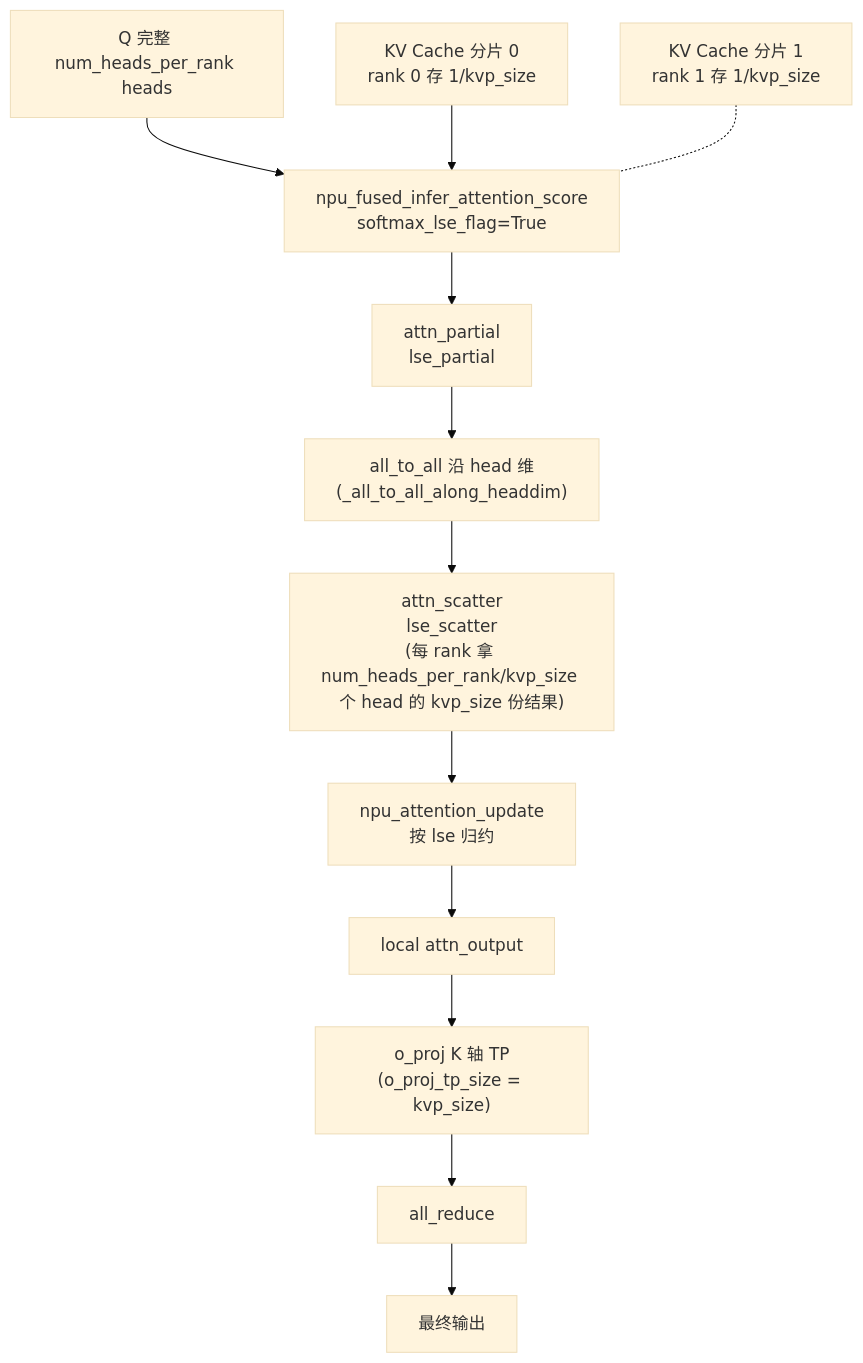
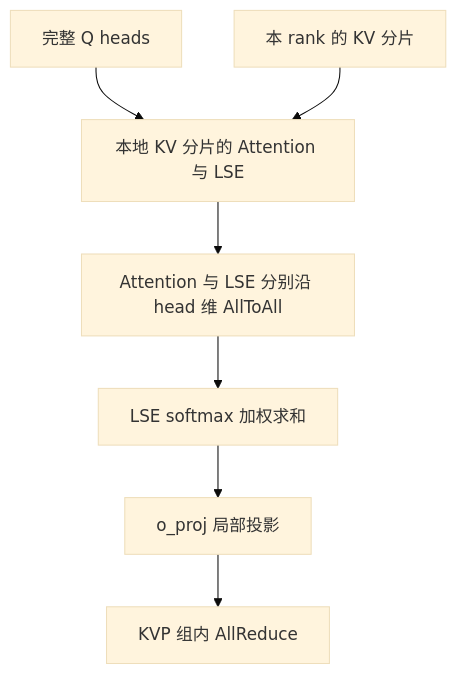
One commit to Atlas-Ascend-Fork/cannbot-knowledge changed the diagram in knowledge/model/inference/concepts/parallelism/kvp.md. Above: the diagram before and after it, drawn with Mermaid (base theme). The commit also changed other lines of this file and 503 other files, not shown here.

````diff
--- a/knowledge/model/inference/concepts/parallelism/kvp.md
+++ b/knowledge/model/inference/concepts/parallelism/kvp.md
@@ -64,14 +59,9 @@
 ```mermaid
 flowchart TD
- Q[Q 完整 num_heads_per_rank heads] --> FIA["npu_fused_infer_attention_score<br/>softmax_lse_flag=True"]
- KV0["KV Cache 分片 0<br/>rank 0 存 1/kvp_size"] --> FIA
- KV1["KV Cache 分片 1<br/>rank 1 存 1/kvp_size"] -.- FIA
- FIA --> ap["attn_partial<br/>lse_partial"]
- ap --> AA["all_to_all 沿 head 维<br/>(_all_to_all_along_headdim)"]
- AA --> sc["attn_scatter<br/>lse_scatter<br/>(每 rank 拿 num_heads_per_rank/kvp_size 个 head 的 kvp_size 份结果)"]
- sc --> NAU["npu_attention_update<br/>按 lse 归约"]
- NAU --> OUT[local attn_output]
- OUT --> OP["o_proj K 轴 TP<br/>(o_proj_tp_size = kvp_size)"]
- OP --> AR[all_reduce]
- AR --> OUT2[最终输出]
+    Q[完整 Q heads] --> FIA[本地 KV 分片的 Attention 与 LSE]
+    KV[本 rank 的 KV 分片] --> FIA
+    FIA --> AA[Attention 与 LSE 分别沿 head 维 AllToAll]
+    AA --> SUM[LSE softmax 加权求和]
+    SUM --> OP[o_proj 局部投影]
+    OP --> AR[KVP 组内 AllReduce]
 ```
````
